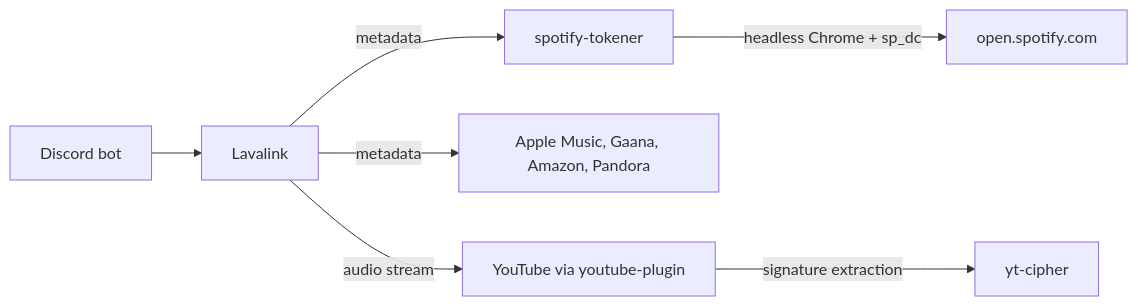
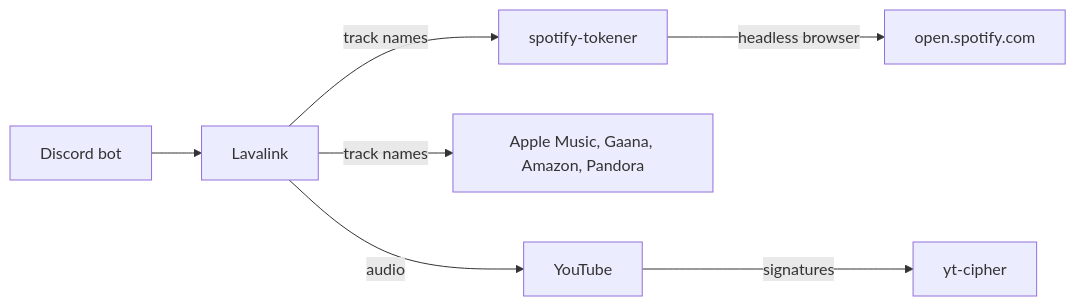
Before and after one commit to Aelshi-nui/spotify-meta-data: the diagram in README.md, drawn with Mermaid. The commit also changed other lines of this file, not shown here.

````diff
--- a/README.md
+++ b/README.md
@@ -93,9 +568,9 @@
 ```mermaid
 flowchart LR
     B[Discord bot] --> L[Lavalink]
-    L -->|metadata| T[spotify-tokener]
-    T -->|headless Chrome + sp_dc| S[open.spotify.com]
-    L -->|metadata| A[Apple Music, Gaana, Amazon, Pandora]
-    L -->|audio stream| Y[YouTube via youtube-plugin]
-    Y -->|signature extraction| C[yt-cipher]
+    L -->|track names| T[spotify-tokener]
+    T -->|headless browser| S[open.spotify.com]
+    L -->|track names| A[Apple Music, Gaana, Amazon, Pandora]
+    L -->|audio| Y[YouTube]
+    Y -->|signatures| C[yt-cipher]
 ```
````
